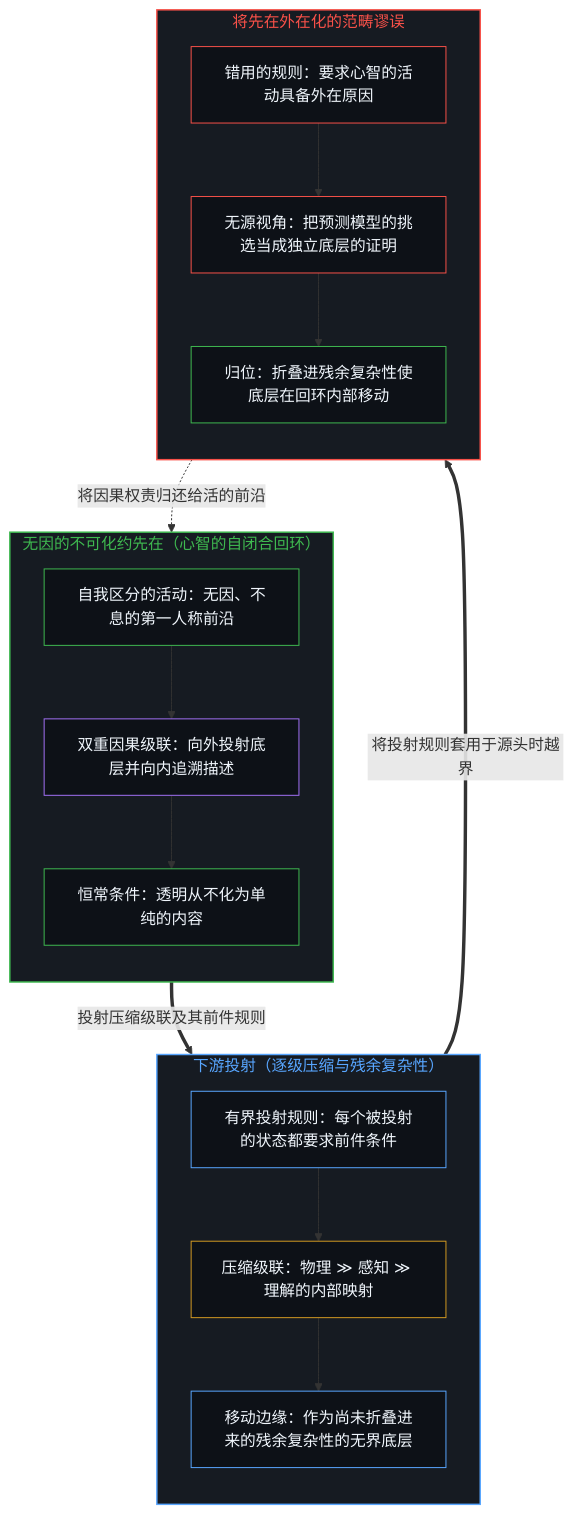
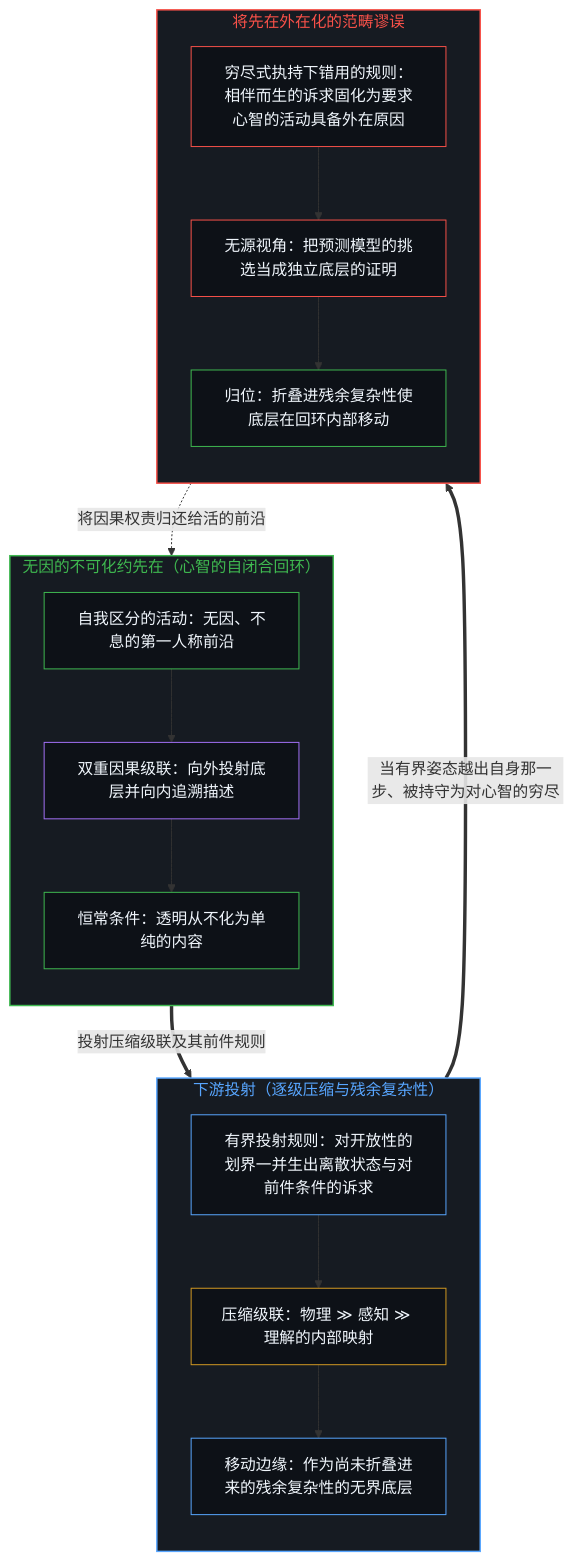
One commit to powerpig99/not-a-toe changed the first of 2 diagrams in content/posts/causality-and-the-irreducible-prior.md. Above: the diagram before and after it, drawn with Mermaid. The commit also changed other lines of this file and 18 other files, not shown here.

````diff
--- a/content/posts/causality-and-the-irreducible-prior.md
+++ b/content/posts/causality-and-the-irreducible-prior.md
@@ -35,39 +35,39 @@
 ```mermaid
 flowchart TD
     subgraph S_Prior["无因的不可化约先在（心智的自闭合回环）"]
         direction TB
         P_Act["自我区分的活动：无因、不息的第一人称前沿"]
         P_Fold["双重因果级联：向外投射底层并向内追溯描述"]
         P_Close["恒常条件：透明从不化为单纯的内容"]
         P_Act --> P_Fold --> P_Close
     end
     subgraph S_Proj["下游投射（逐级压缩与残余复杂性）"]
         direction TB
-        D_Rule["有界投射规则：每个被投射的状态都要求前件条件"]
+        D_Rule["有界投射规则：对开放性的划界一并生出离散状态与对前件条件的诉求"]
         D_Hierarchy["压缩级联：物理 ≫ 感知 ≫ 理解的内部映射"]
         D_Agent["移动边缘：作为尚未折叠进来的残余复杂性的无界底层"]
         D_Rule --> D_Hierarchy --> D_Agent
     end
     subgraph S_Inversion["将先在外在化的范畴谬误"]
         direction TB
-        E_Demand["错用的规则：要求心智的活动具备外在原因"]
+        E_Demand["穷尽式执持下错用的规则：相伴而生的诉求固化为要求心智的活动具备外在原因"]
         E_Nowhere["无源视角：把预测模型的挑选当成独立底层的证明"]
         E_Dissolve["归位：折叠进残余复杂性使底层在回环内部移动"]
         E_Demand --> E_Nowhere --> E_Dissolve
     end
     P_Close ==>|"投射压缩级联及其前件规则"| D_Rule
-    D_Agent ==>|"将投射规则套用于源头时越界"| E_Demand
+    D_Agent ==>|"当有界姿态越出自身那一步、被持守为对心智的穷尽"| E_Demand
     E_Dissolve -.->|"将因果权责归还给活的前沿"| P_Act
     style S_Prior fill:#161b22,stroke:#3fb950,stroke-width:1.5px,color:#3fb950
     style S_Proj fill:#161b22,stroke:#58a6ff,stroke-width:1.5px,color:#58a6ff
     style S_Inversion fill:#161b22,stroke:#f85149,stroke-width:1.5px,color:#f85149
     style P_Act fill:#0d1117,stroke:#3fb950,stroke-width:1px,color:#f0f6fc
     style P_Fold fill:#0d1117,stroke:#a371f7,stroke-width:1px,color:#f0f6fc
     style P_Close fill:#0d1117,stroke:#3fb950,stroke-width:1px,color:#f0f6fc
     style D_Rule fill:#0d1117,stroke:#58a6ff,stroke-width:1px,color:#f0f6fc
     style D_Hierarchy fill:#0d1117,stroke:#d29922,stroke-width:1px,color:#f0f6fc
     style D_Agent fill:#0d1117,stroke:#58a6ff,stroke-width:1px,color:#f0f6fc
     style E_Demand fill:#0d1117,stroke:#f85149,stroke-width:1px,color:#f0f6fc
     style E_Nowhere fill:#0d1117,stroke:#f85149,stroke-width:1px,color:#f0f6fc
     style E_Dissolve fill:#0d1117,stroke:#3fb950,stroke-width:1px,color:#f0f6fc
 ```
````
